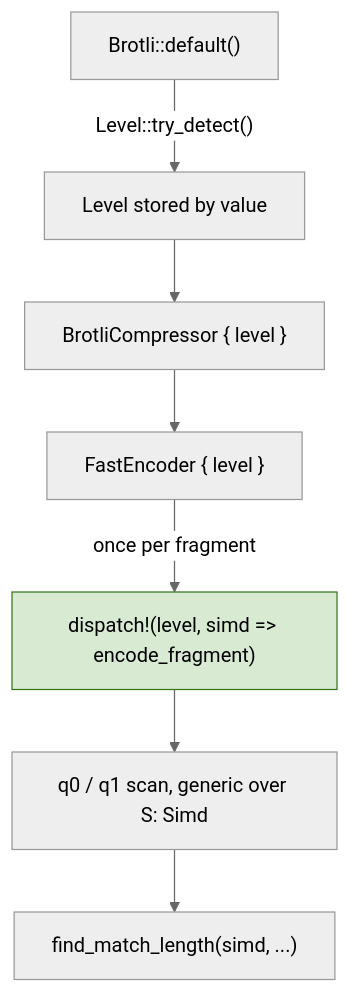
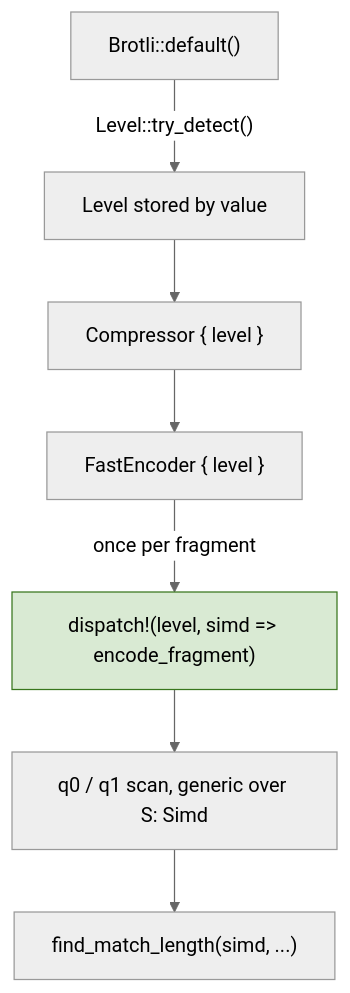
The sixth of 7 diagrams in architecture/compressor.md (Mnwa/mbrotli), drawn with Mermaid (neutral theme) before and after one commit. The commit also changed other lines of this file and 20 other files, not shown here.

````diff
--- a/architecture/compressor.md
+++ b/architecture/compressor.md
@@ -214,12 +214,12 @@
 ```mermaid
 graph TD
     A["Brotli::default()"] -->|"Level::try_detect()"| B["Level stored by value"]
-    B --> C["BrotliCompressor { level }"]
+    B --> C["Compressor { level }"]
     C --> D["FastEncoder { level }"]
     D -->|"once per fragment"| E["dispatch!(level, simd => encode_fragment)"]
     E --> F["q0 / q1 scan, generic over S: Simd"]
     F --> G["find_match_length(simd, ...)"]
 
     classDef once fill:#d9ead3,stroke:#38761d;
     class E once;
 ```
````
